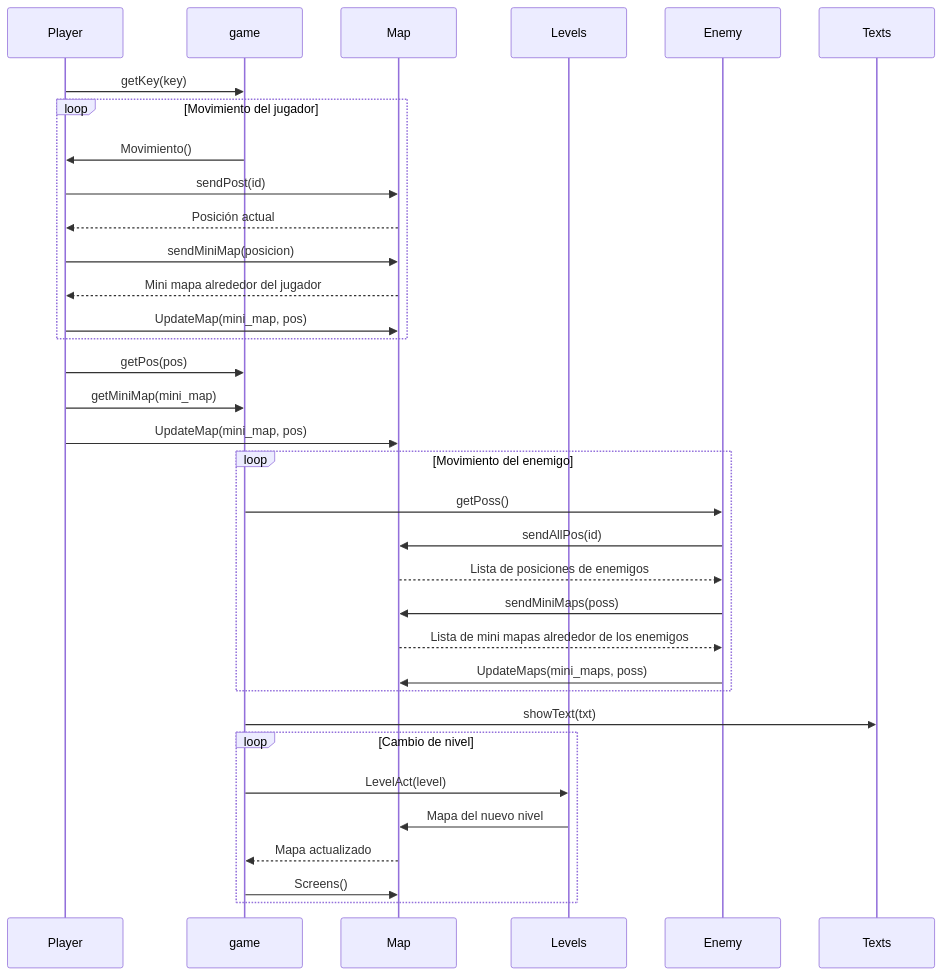
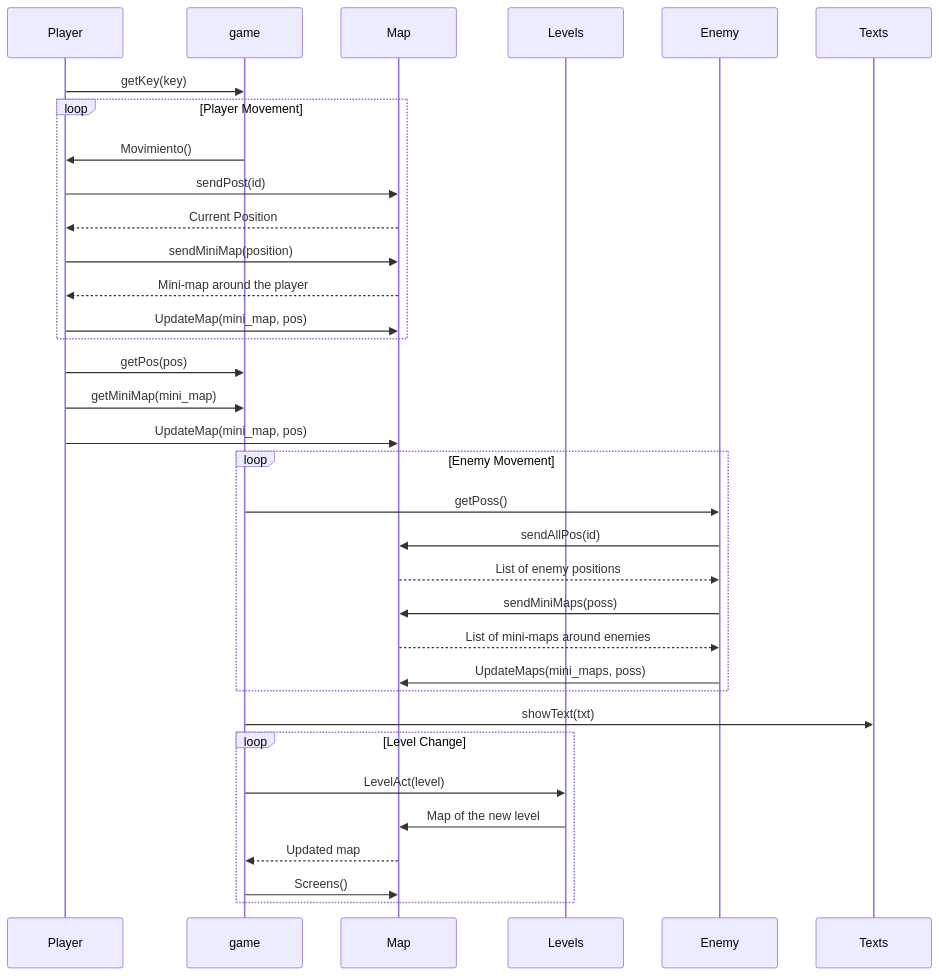
One commit to noneda/try-pygame changed the fourth of 4 diagrams in README.md. Above: the diagram before and after it, drawn with Mermaid.

````diff
--- a/README.md
+++ b/README.md
@@ -394,38 +394,38 @@
 ```mermaid
 sequenceDiagram
     participant Player
     participant game
     participant Map
     participant Levels
     participant Enemy
     participant Texts
 
     Player->>game: getKey(key)
-    loop Movimiento del jugador
+    loop Player Movement
         game->>Player: Movimiento()
         Player->>Map: sendPost(id)
-        Map-->>Player: Posición actual
-        Player->>Map: sendMiniMap(posicion)
-        Map-->>Player: Mini mapa alrededor del jugador
+        Map-->>Player: Current Position
+        Player->>Map: sendMiniMap(position)
+        Map-->>Player: Mini-map around the player
         Player->>Map: UpdateMap(mini_map, pos)
     end
     Player->>game: getPos(pos)
     Player->>game: getMiniMap(mini_map)
     Player->>Map: UpdateMap(mini_map, pos)
-    loop Movimiento del enemigo
+    loop Enemy Movement
         game->>Enemy: getPoss()
         Enemy->>Map: sendAllPos(id)
-        Map-->>Enemy: Lista de posiciones de enemigos
+        Map-->>Enemy: List of enemy positions
         Enemy->>Map: sendMiniMaps(poss)
-        Map-->>Enemy: Lista de mini mapas alrededor de los enemigos
+        Map-->>Enemy: List of mini-maps around enemies
         Enemy->>Map: UpdateMaps(mini_maps, poss)
     end
     game->>Texts: showText(txt)
-    loop Cambio de nivel
+    loop Level Change
         game->>Levels: LevelAct(level)
-        Levels->>Map: Mapa del nuevo nivel
-        Map-->>game: Mapa actualizado
+        Levels->>Map: Map of the new level
+        Map-->>game: Updated map
         game->>Map: Screens()
     end
 
 ```
````
